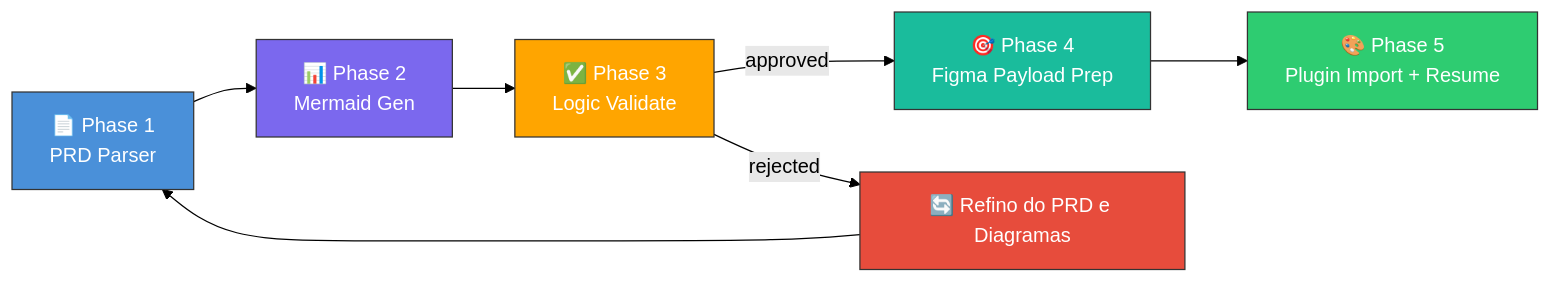
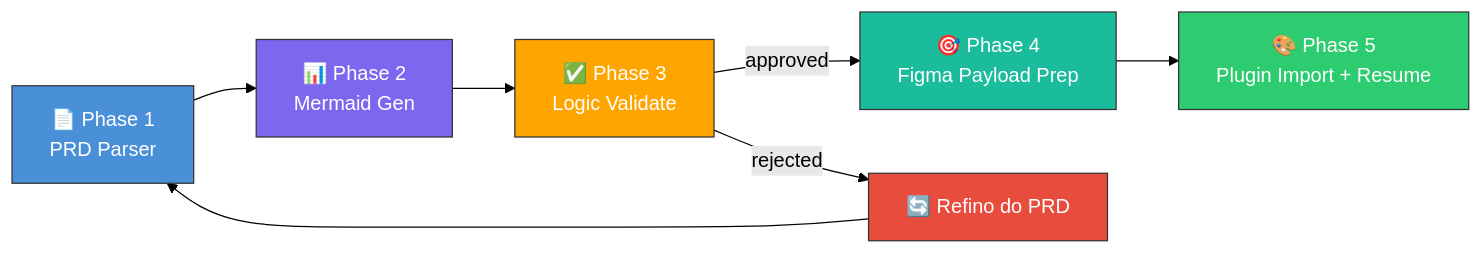
One commit to fabioeloi/omni-architect changed the second of 3 diagrams in README.md. Above: the diagram before and after it, drawn with Mermaid (forest theme). The commit also changed other lines of this file and 6 other files, not shown here.

````diff
--- a/README.md
+++ b/README.md
@@ -73,16 +104,16 @@
 ```mermaid
 graph LR
     A["📄 Phase 1\nPRD Parser"] --> B["📊 Phase 2\nMermaid Gen"]
     B --> C["✅ Phase 3\nLogic Validate"]
     C -->|"approved"| D["🎯 Phase 4\nFigma Payload Prep"]
     D --> E["🎨 Phase 5\nPlugin Import + Resume"]
-    C -->|"rejected"| F["🔄 Refino do PRD e Diagramas"]
+    C -->|"rejected"| F["🔄 Refino do PRD"]
     F --> A
 
     style A fill:#4A90D9,stroke:#333,color:#fff
     style B fill:#7B68EE,stroke:#333,color:#fff
     style C fill:#FFA500,stroke:#333,color:#fff
     style D fill:#1ABC9C,stroke:#333,color:#fff
     style E fill:#2ECC71,stroke:#333,color:#fff
     style F fill:#E74C3C,stroke:#333,color:#fff
 ```
````
